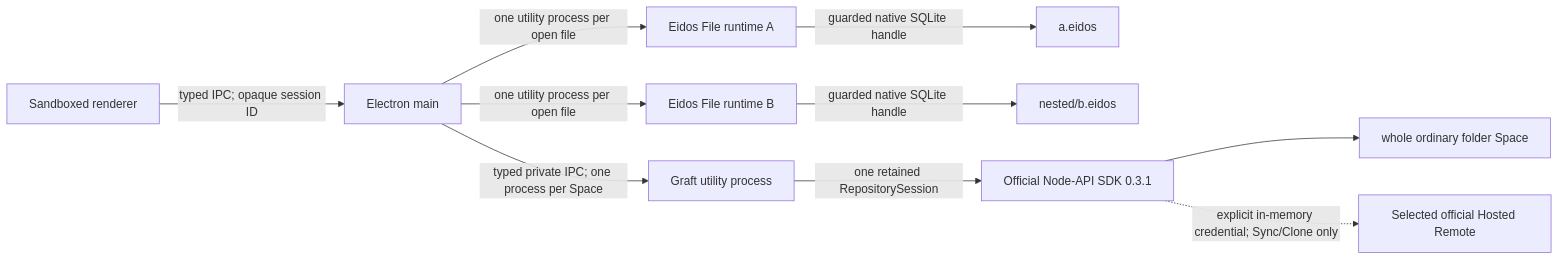
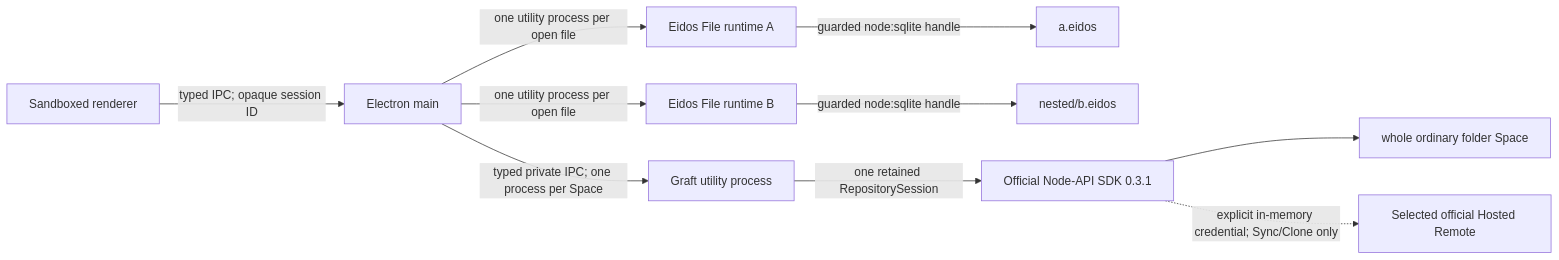
Before and after one commit to mayneyao/eidos: the first of 2 diagrams in apps/eidos-lite-desktop/docs/ARCHITECTURE.md, drawn with Mermaid. The commit also changed other lines of this file and 30 other files, not shown here.

Commit message:
feat(eidos-lite): migrate runtime to node sqlite

````diff
--- a/apps/eidos-lite-desktop/docs/ARCHITECTURE.md
+++ b/apps/eidos-lite-desktop/docs/ARCHITECTURE.md
@@ -59,12 +59,12 @@
 ```mermaid
 flowchart LR
   R["Sandboxed renderer"] -->|"typed IPC; opaque session ID"| M["Electron main"]
   M -->|"one utility process per open file"| F1["Eidos File runtime A"]
   M -->|"one utility process per open file"| F2["Eidos File runtime B"]
-  F1 -->|"guarded native SQLite handle"| E1["a.eidos"]
-  F2 -->|"guarded native SQLite handle"| E2["nested/b.eidos"]
+  F1 -->|"guarded node:sqlite handle"| E1["a.eidos"]
+  F2 -->|"guarded node:sqlite handle"| E2["nested/b.eidos"]
   M -->|"typed private IPC; one process per Space"| G["Graft utility process"]
   G -->|"one retained RepositorySession"| N["Official Node-API SDK 0.3.1"]
   N --> S["whole ordinary folder Space"]
   N -. "explicit in-memory credential; Sync/Clone only" .-> H["Selected official Hosted Remote"]
 ```
````
